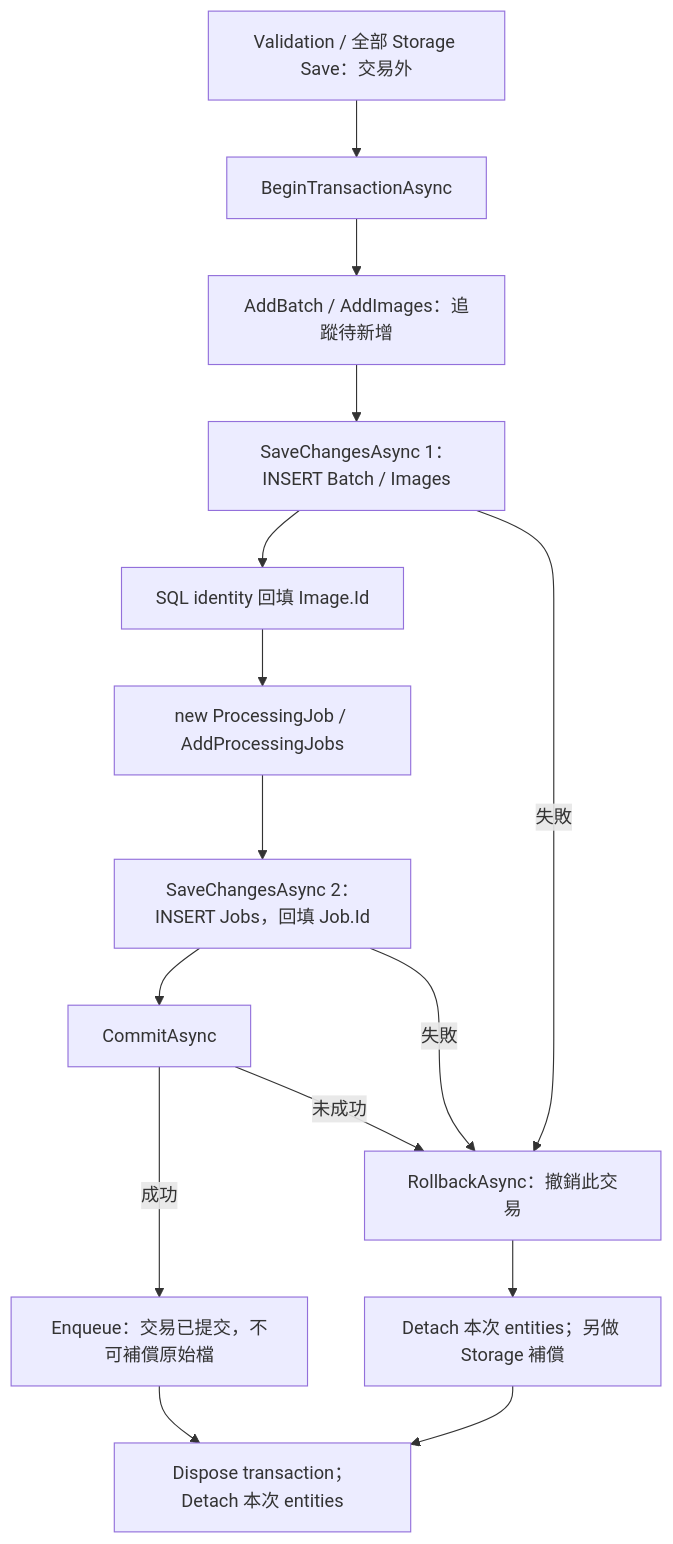
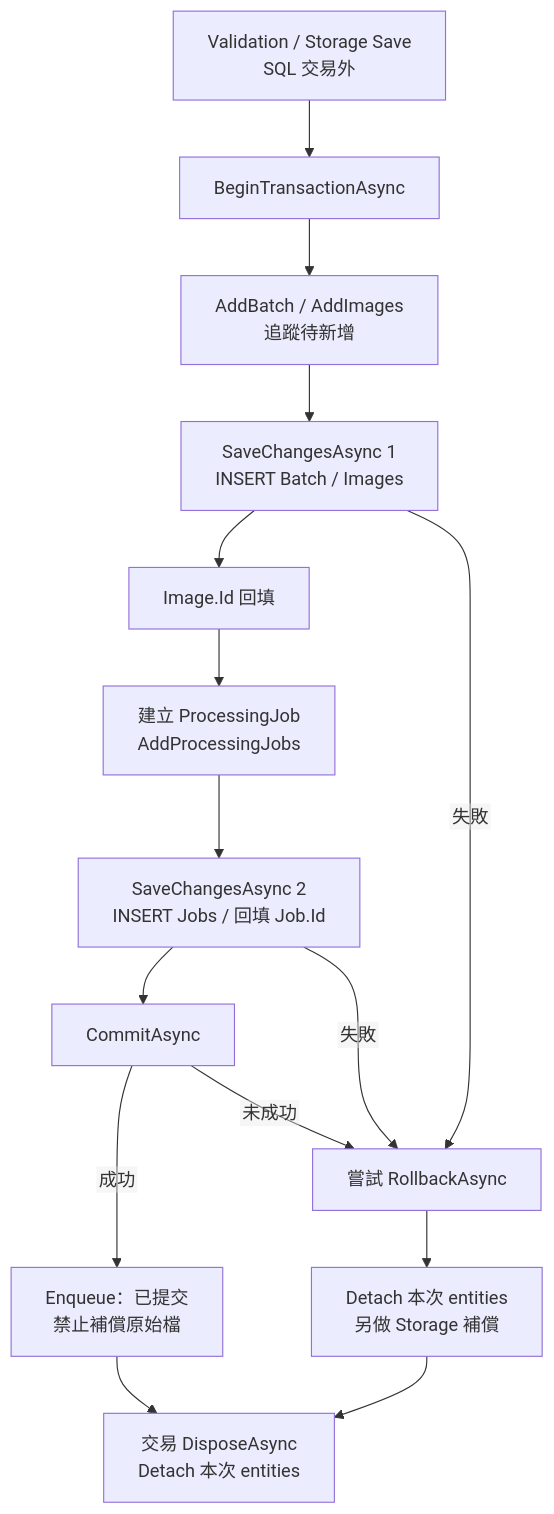
Before and after one commit to ChouKuangWen/Photo-Processing-Image-Analysis-Platform: the sixth of 9 diagrams in tasks/MOD-01/README.md, drawn with Mermaid. The commit also changed other lines of this file, not shown here.

First line of the commit message:
docs(mod-01): refine Mermaid diagrams and architecture relationships

````diff
--- a/tasks/MOD-01/README.md
+++ b/tasks/MOD-01/README.md
@@ -936,17 +964,18 @@
 ```mermaid
+%%{init: {"flowchart": {"htmlLabels": false}}}%%
 flowchart TD
-    A["Validation / 全部 Storage Save：交易外"] --> B["BeginTransactionAsync"]
-    B --> C["AddBatch / AddImages：追蹤待新增"]
-    C --> D["SaveChangesAsync 1：INSERT Batch / Images"]
-    D --> E["SQL identity 回填 Image.Id"]
-    E --> F["new ProcessingJob / AddProcessingJobs"]
-    F --> G["SaveChangesAsync 2：INSERT Jobs，回填 Job.Id"]
+    A["Validation / Storage Save<br/>SQL 交易外"] --> B["BeginTransactionAsync"]
+    B --> C["AddBatch / AddImages<br/>追蹤待新增"]
+    C --> D["SaveChangesAsync 1<br/>INSERT Batch / Images"]
+    D --> E["Image.Id 回填"]
+    E --> F["建立 ProcessingJob<br/>AddProcessingJobs"]
+    F --> G["SaveChangesAsync 2<br/>INSERT Jobs / 回填 Job.Id"]
     G --> H["CommitAsync"]
-    H -- 成功 --> I["Enqueue：交易已提交，不可補償原始檔"]
-    D -- 失敗 --> R["RollbackAsync：撤銷此交易"]
+    H -- 成功 --> I["Enqueue：已提交<br/>禁止補償原始檔"]
+    D -- 失敗 --> R["嘗試 RollbackAsync"]
     G -- 失敗 --> R
     H -- 未成功 --> R
-    R --> X["Detach 本次 entities；另做 Storage 補償"]
-    I --> Z["Dispose transaction；Detach 本次 entities"]
+    R --> X["Detach 本次 entities<br/>另做 Storage 補償"]
+    I --> Z["交易 DisposeAsync<br/>Detach 本次 entities"]
     X --> Z
 ```
````
